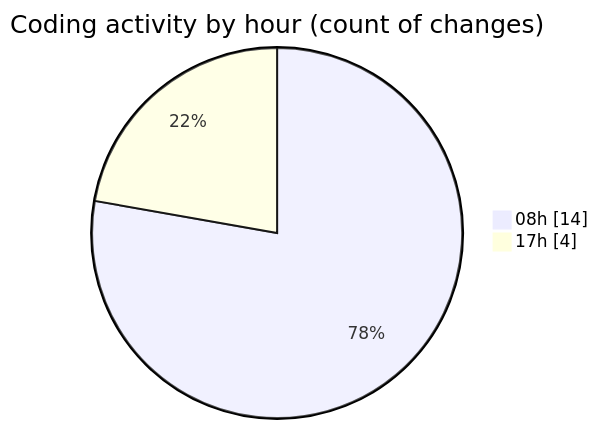
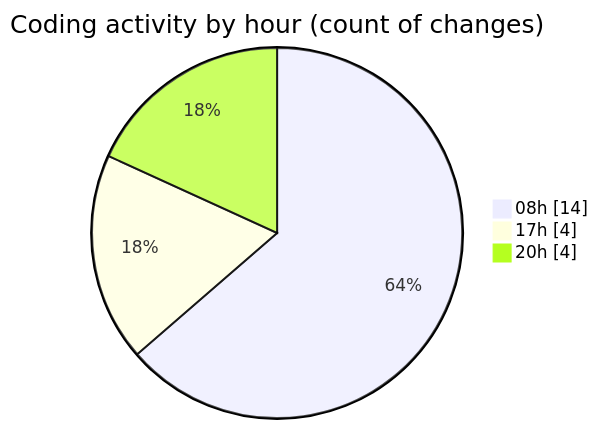
The second of 2 diagrams in 2025-01-28/mbc-web/README.md (robertbonfada/code-tracking), drawn with Mermaid before and after one commit. The commit also changed other lines of this file and 1 other file, not shown here.

````diff
--- a/2025-01-28/mbc-web/README.md
+++ b/2025-01-28/mbc-web/README.md
@@ -35,6 +35,7 @@
 ```mermaid
 pie showData
 title Coding activity by hour (count of changes)
 "08h" : 14
 "17h" : 4
+"20h" : 4
 ```
````
